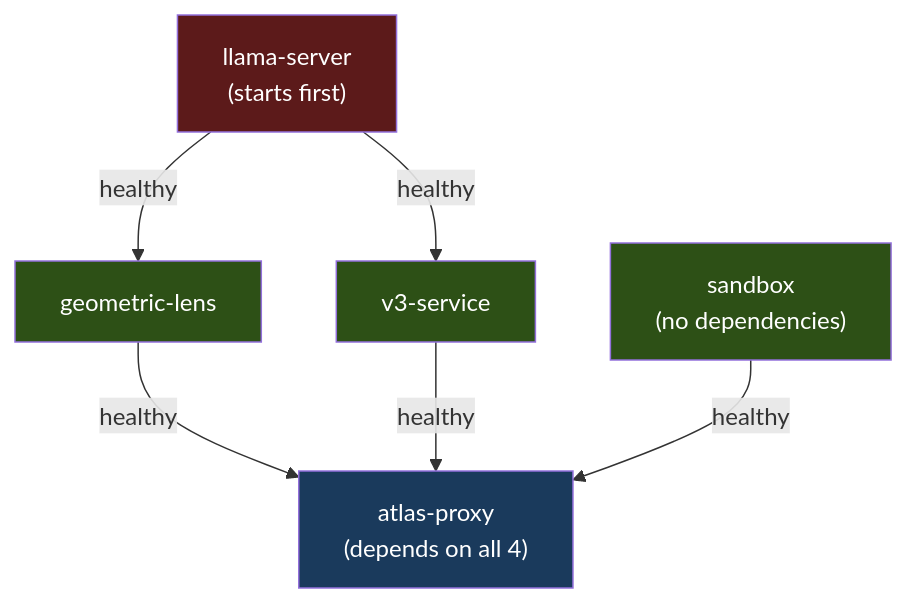
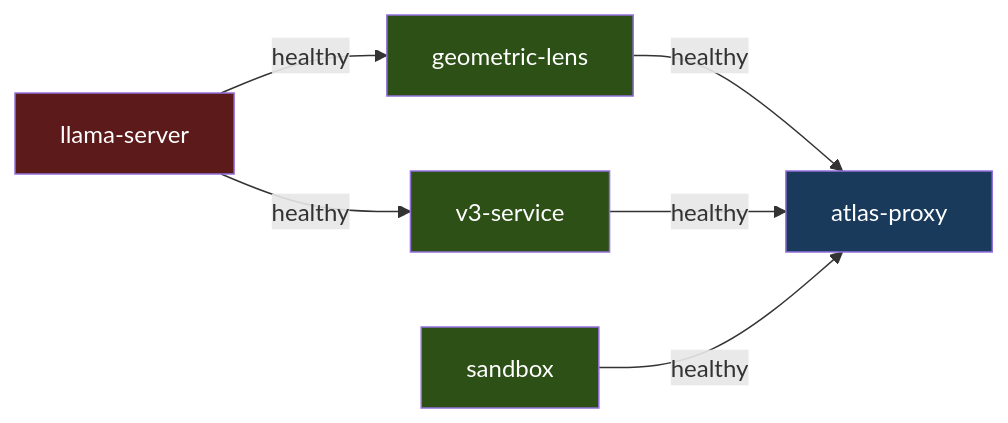
The tenth of 13 diagrams in docs/ARCHITECTURE.md (itigges22/ATLAS), drawn with Mermaid before and after one commit. The commit also changed other lines of this file and 3 other files, not shown here.

First line of the commit message:
docs: Update architecture docs, fix V3_1_STATUS false claims

````diff
--- a/docs/ARCHITECTURE.md
+++ b/docs/ARCHITECTURE.md
@@ -510,14 +466,12 @@
 ```mermaid
-graph TD
-    LLM["llama-server\n(starts first)"] -->|"healthy"| GL["geometric-lens"]
-    LLM -->|"healthy"| V3["v3-service"]
-    GL -->|"healthy"| AP["atlas-proxy\n(depends on all 4)"]
-    V3 -->|"healthy"| AP
-    SB["sandbox\n(no dependencies)"] -->|"healthy"| AP
+graph LR
+    LLM["llama-server"] -->|"healthy"| GL["geometric-lens"] -->|"healthy"| AP["atlas-proxy"]
+    LLM -->|"healthy"| V3["v3-service"] -->|"healthy"| AP
+    SB["sandbox"] -->|"healthy"| AP
 
     style LLM fill:#5c1a1a,color:#fff
     style GL fill:#2d5016,color:#fff
     style V3 fill:#2d5016,color:#fff
     style SB fill:#2d5016,color:#fff
     style AP fill:#1a3a5c,color:#fff
 ```
````
